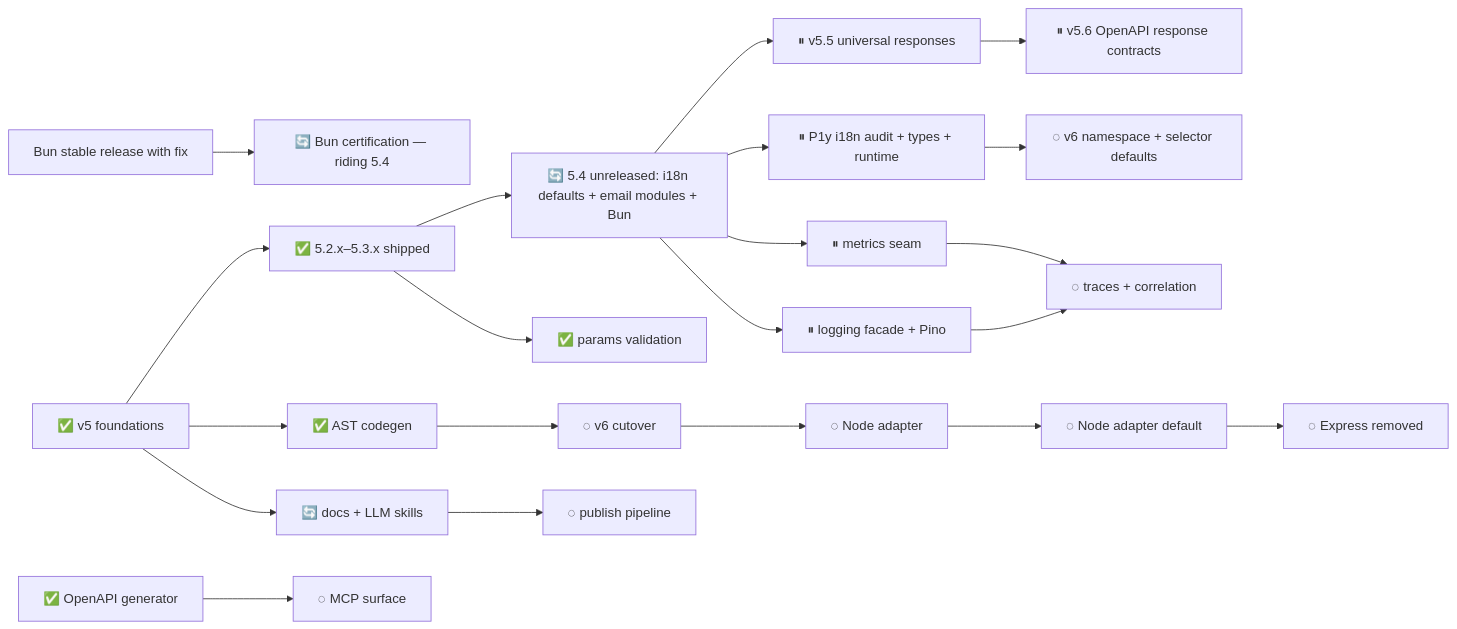
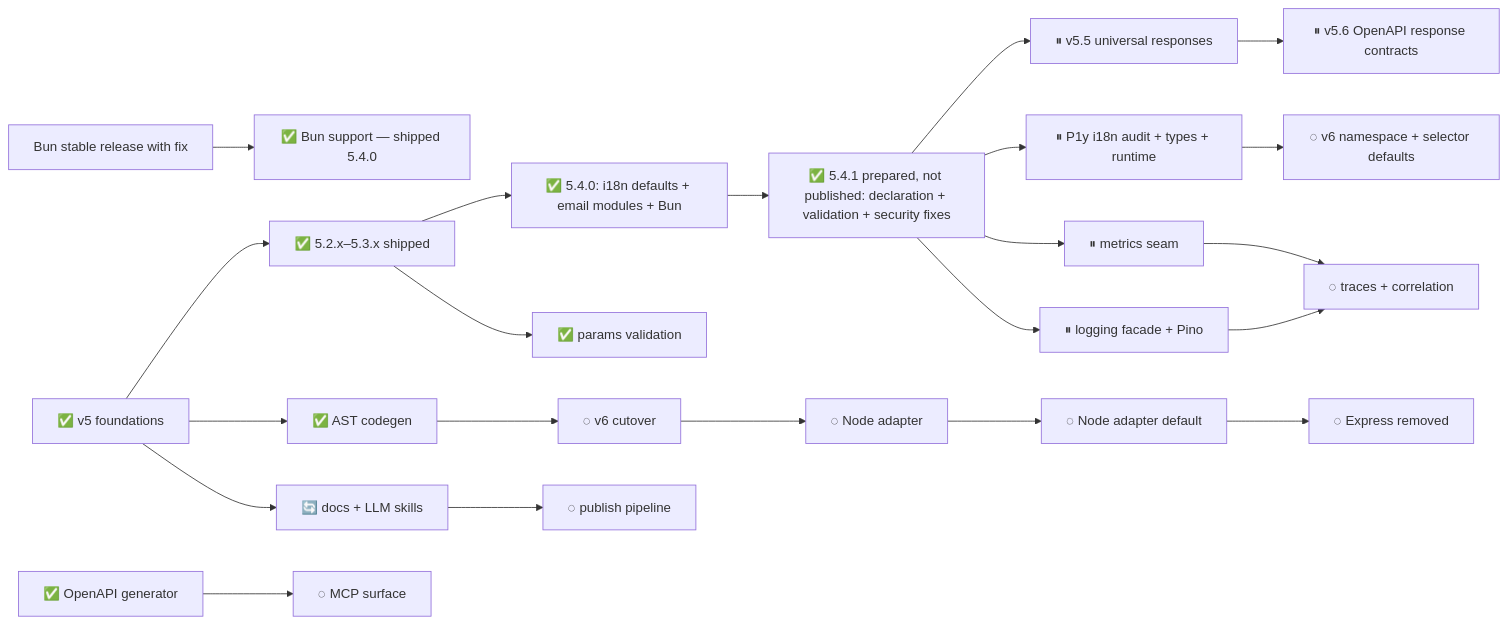
The diagram in .plans/refactor/README.md (adaptivestone/framework), drawn with Mermaid before and after one commit. The commit also changed other lines of this file and 14 other files, not shown here.

First line of the commit message:
feat: release 5.4.1 with various improvements and fixes

````diff
--- a/.plans/refactor/README.md
+++ b/.plans/refactor/README.md
@@ -42,30 +42,31 @@
 ```mermaid
 flowchart LR
     Foundation["✅ v5 foundations"] --> Patch["✅ 5.2.x–5.3.x shipped"]
-    Patch --> Unreleased["🔄 5.4 unreleased: i18n defaults + email modules + Bun"]
+    Patch --> Released["✅ 5.4.0: i18n defaults + email modules + Bun"]
+    Released --> Unreleased["✅ 5.4.1 prepared, not published: declaration + validation + security fixes"]
 
     Unreleased --> Responses["⏸ v5.5 universal responses"]
     Responses --> OpenAPI["⏸ v5.6 OpenAPI response contracts"]
 
-    BunRelease["Bun stable release with fix"] --> BunSupport["🔄 Bun certification — riding 5.4"]
+    BunRelease["Bun stable release with fix"] --> BunSupport["✅ Bun support — shipped 5.4.0"]
 
     Unreleased --> I18nV5["⏸ P1y i18n audit + types + runtime"]
     I18nV5 --> I18nV6["◌ v6 namespace + selector defaults"]
 
     Foundation --> Codegen["✅ AST codegen"]
     Codegen --> V6["◌ v6 cutover"]
     V6 --> NodeAdapter["◌ Node adapter"]
     NodeAdapter --> DefaultNode["◌ Node adapter default"]
     DefaultNode --> DropExpress["◌ Express removed"]
 
     Foundation --> Docs["🔄 docs + LLM skills"]
     Docs --> Publish["◌ publish pipeline"]
 
     Patch --> Params["✅ params validation"]
     Unreleased --> Metrics["⏸ metrics seam"]
     Unreleased --> Logging["⏸ logging facade + Pino"]
     Logging --> Observability["◌ traces + correlation"]
     Metrics --> Observability
 
     OpenAPIGen["✅ OpenAPI generator"] --> MCP["◌ MCP surface"]
 ```
````
